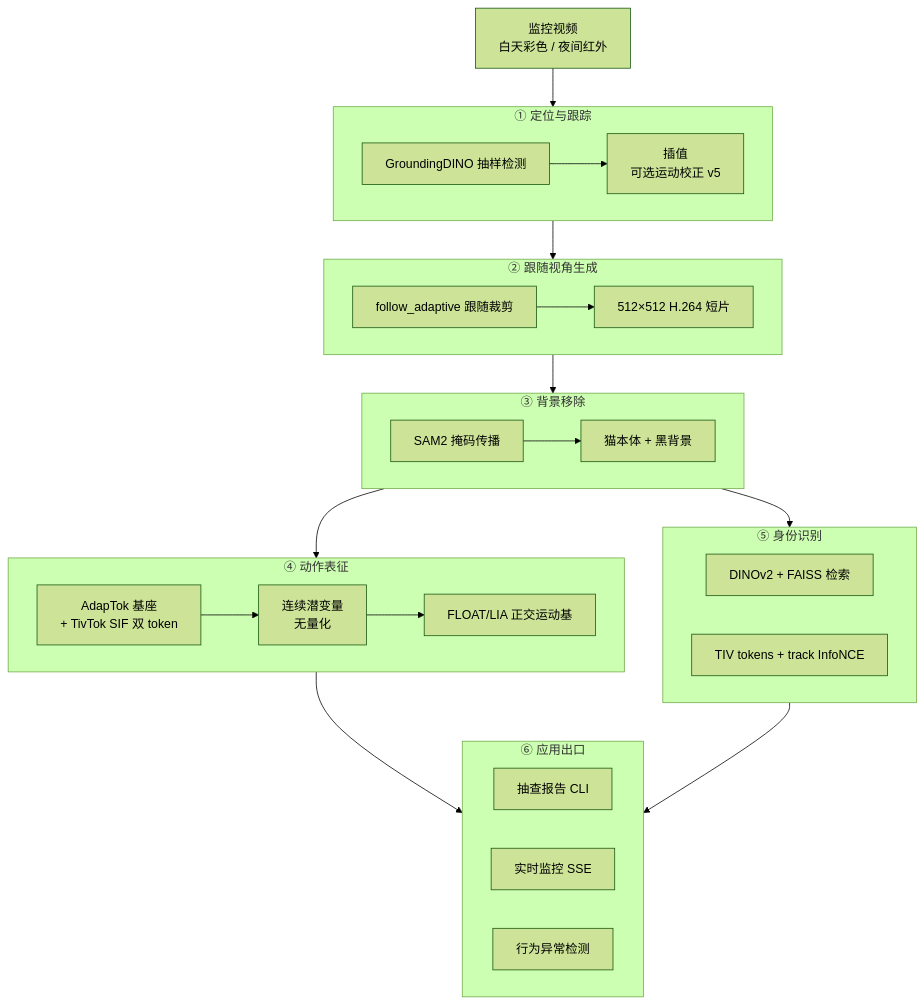
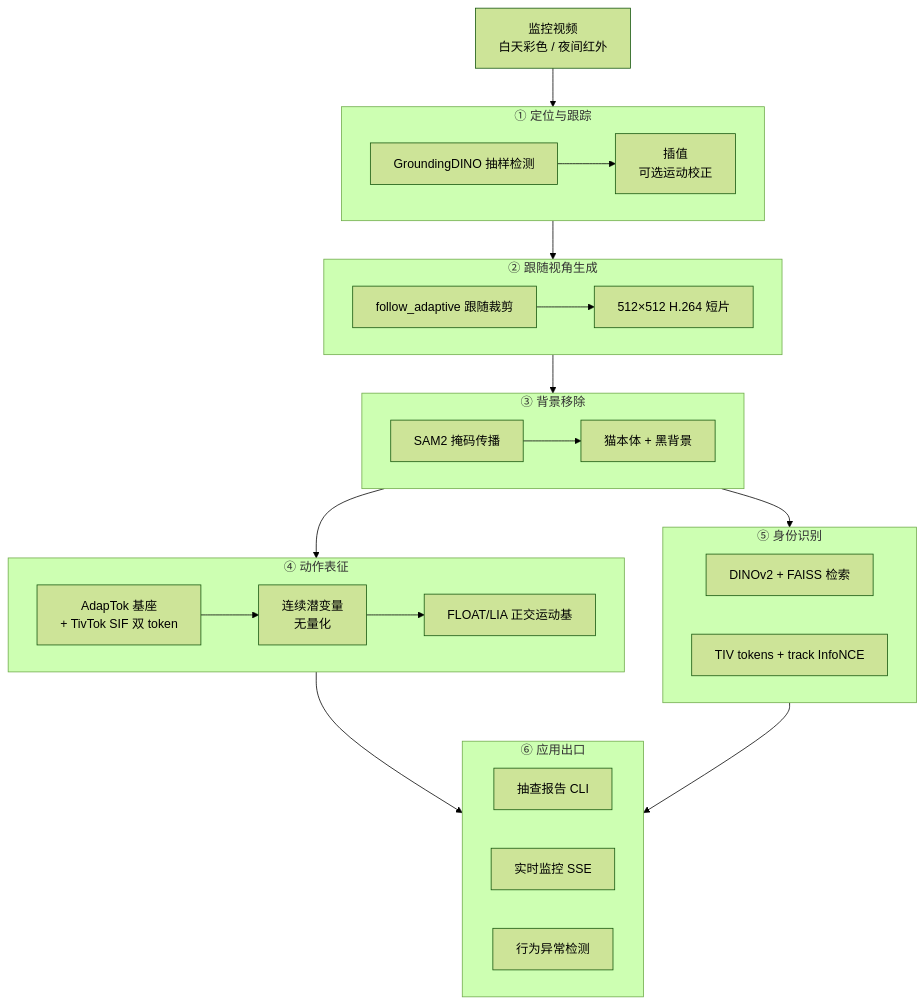
The first of 6 diagrams in management/docs/architecture.md (gongshangzheng/pet-action-recognition), drawn with Mermaid (forest theme) before and after one commit. The commit also changed other lines of this file, not shown here.

````diff
--- a/management/docs/architecture.md
+++ b/management/docs/architecture.md
@@ -42,42 +42,42 @@
 ```mermaid
 flowchart TD
     V[监控视频<br/>白天彩色 / 夜间红外] --> S1
 
     subgraph S1["① 定位与跟踪"]
-        A1[GroundingDINO 抽样检测] --> A2[插值<br/>可选运动校正 v5]
+        A1[GroundingDINO 抽样检测] --> A2[插值<br/>可选运动校正]
     end
 
     S1 --> S2
 
     subgraph S2["② 跟随视角生成"]
         B1[follow_adaptive 跟随裁剪] --> B2[512×512 H.264 短片]
     end
 
     S2 --> S3
 
     subgraph S3["③ 背景移除"]
         C1[SAM2 掩码传播] --> C2[猫本体 + 黑背景]
     end
 
     S3 --> S4
     S3 --> S5
 
     subgraph S4["④ 动作表征"]
         D1[AdapTok 基座<br/>+ TivTok SIF 双 token] --> D2[连续潜变量<br/>无量化]
         D2 --> D3[FLOAT/LIA 正交运动基]
     end
 
     subgraph S5["⑤ 身份识别"]
         E1[DINOv2 + FAISS 检索]
         E2[TIV tokens + track InfoNCE]
     end
 
     S4 --> S6
     S5 --> S6
 
     subgraph S6["⑥ 应用出口"]
         F1[抽查报告 CLI]
         F2[实时监控 SSE]
         F3[行为异常检测]
     end
 ```
````
